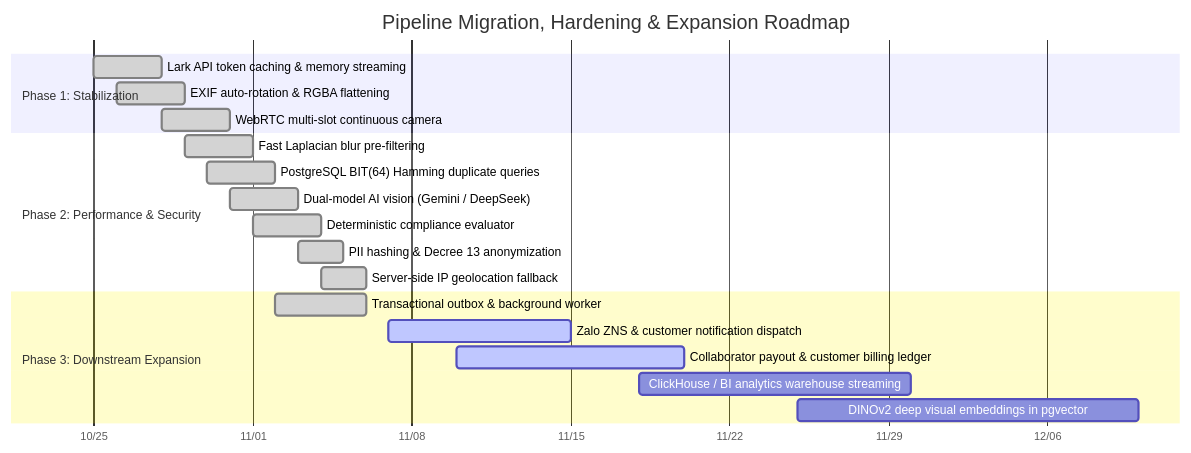
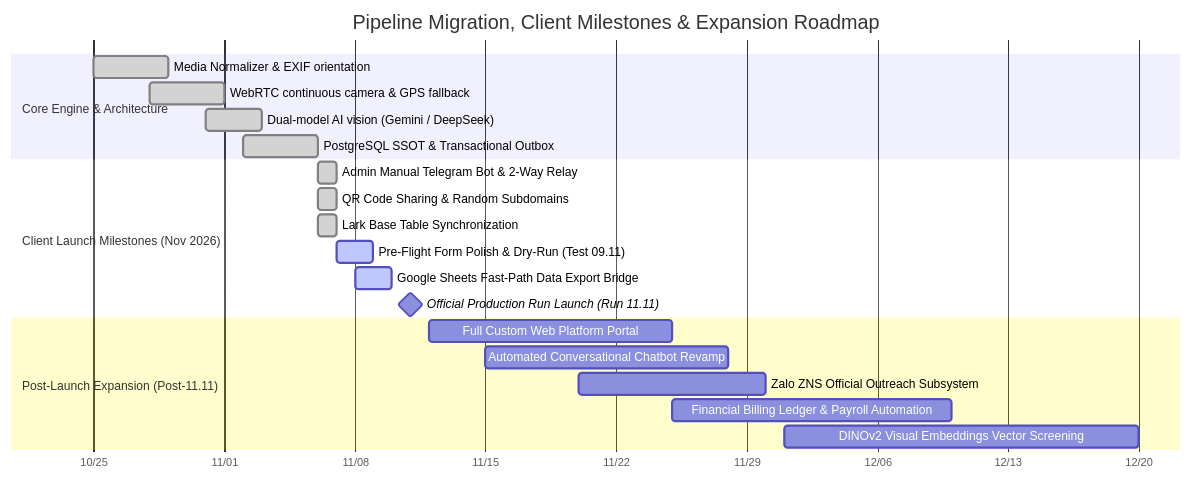
One commit to btanh3812155/survey-pipeline changed the second of 4 diagrams in docs/PIPELINE_EXPANSION_AND_ROADMAP_PLAN.md. Above: the diagram before and after it, drawn with Mermaid. The commit also changed other lines of this file, not shown here.

Commit message:
docs(roadmap): update client milestones (test 09.11, run 11.11), telegram admin manual priority, and google sheet data bridge

````diff
--- a/docs/PIPELINE_EXPANSION_AND_ROADMAP_PLAN.md
+++ b/docs/PIPELINE_EXPANSION_AND_ROADMAP_PLAN.md
@@ -56,26 +56,27 @@
 ```mermaid
 gantt
-    title Pipeline Migration, Hardening & Expansion Roadmap
+    title Pipeline Migration, Client Milestones & Expansion Roadmap
     dateFormat YYYY-MM-DD
     axisFormat %m/%d
 
-    section Phase 1: Stabilization
-    Lark API token caching & memory streaming     :done, p1_1, 2026-10-25, 2026-10-28
-    EXIF auto-rotation & RGBA flattening         :done, p1_2, 2026-10-26, 2026-10-29
-    WebRTC multi-slot continuous camera           :done, p1_3, 2026-10-28, 2026-10-31
+    section Core Engine & Architecture
+    Media Normalizer & EXIF orientation           :done, p1_1, 2026-10-25, 2026-10-29
+    WebRTC continuous camera & GPS fallback       :done, p1_2, 2026-10-28, 2026-11-01
+    Dual-model AI vision (Gemini / DeepSeek)      :done, p2_1, 2026-10-31, 2026-11-03
+    PostgreSQL SSOT & Transactional Outbox        :done, p2_2, 2026-11-02, 2026-11-06
 
-    section Phase 2: Performance & Security
-    Fast Laplacian blur pre-filtering             :done, p2_1, 2026-10-29, 2026-11-01
-    PostgreSQL BIT(64) Hamming duplicate queries  :done, p2_2, 2026-10-30, 2026-11-02
-    Dual-model AI vision (Gemini / DeepSeek)      :done, p2_3, 2026-10-31, 2026-11-03
-    Deterministic compliance evaluator             :done, p2_4, 2026-11-01, 2026-11-04
-    PII hashing & Decree 13 anonymization         :done, p2_5, 2026-11-03, 2026-11-05
-    Server-side IP geolocation fallback           :done, p2_6, 2026-11-04, 2026-11-06
+    section Client Launch Milestones (Nov 2026)
+    Admin Manual Telegram Bot & 2-Way Relay       :done, cl_1, 2026-11-06, 2026-11-07
+    QR Code Sharing & Random Subdomains           :done, cl_2, 2026-11-06, 2026-11-07
+    Lark Base Table Synchronization               :done, cl_3, 2026-11-06, 2026-11-07
+    Pre-Flight Form Polish & Dry-Run (Test 09.11) :active, cl_4, 2026-11-07, 2026-11-09
+    Google Sheets Fast-Path Data Export Bridge    :active, cl_5, 2026-11-08, 2026-11-10
+    Official Production Run Launch (Run 11.11)    :milestone, cl_6, 2026-11-11, 2026-11-11
 
-    section Phase 3: Downstream Expansion
-    Transactional outbox & background worker      :done, p3_1, 2026-11-02, 2026-11-06
-    Zalo ZNS & customer notification dispatch     :active, p3_2, 2026-11-07, 2026-11-15
-    Collaborator payout & customer billing ledger :active, p3_3, 2026-11-10, 2026-11-20
-    ClickHouse / BI analytics warehouse streaming :p3_4, 2026-11-18, 2026-11-30
-    DINOv2 deep visual embeddings in pgvector     :p3_5, 2026-11-25, 2026-12-10
+    section Post-Launch Expansion (Post-11.11)
+    Full Custom Web Platform Portal               :p3_1, 2026-11-12, 2026-11-25
+    Automated Conversational Chatbot Revamp       :p3_2, 2026-11-15, 2026-11-28
+    Zalo ZNS Official Outreach Subsystem          :p3_3, 2026-11-20, 2026-11-30
+    Financial Billing Ledger & Payroll Automation :p3_4, 2026-11-25, 2026-12-10
+    DINOv2 Visual Embeddings Vector Screening     :p3_5, 2026-12-01, 2026-12-20
 ```
````
